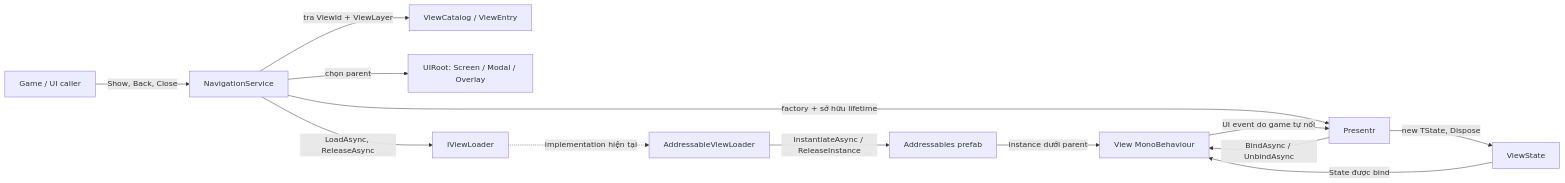
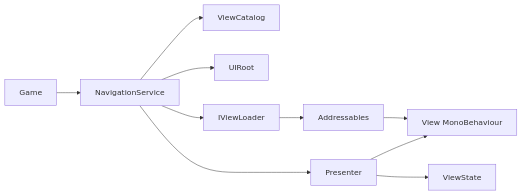
One commit to Manhddm/MXEngine changed the diagram in README.MD. Above: the diagram before and after it, drawn with Mermaid. The commit also changed other lines of this file and 53 other files, not shown here.

Commit message:
refactor: update ViewId usage to int and enhance Presenter initialization with cancellation support

````diff
--- a/README.MD
+++ b/README.MD
@@ -14,15 +17,12 @@
 ```mermaid
 flowchart LR
-    Game[Game / UI caller] -->|Show, Back, Close| Nav[NavigationService]
-    Nav -->|tra ViewId + ViewLayer| Catalog[ViewCatalog / ViewEntry]
-    Nav -->|chọn parent| Root[UIRoot: Screen / Modal / Overlay]
-    Nav -->|LoadAsync, ReleaseAsync| Loader[IViewLoader]
-    Loader -. implementation hiện tại .-> Addr[AddressableViewLoader]
-    Addr -->|InstantiateAsync / ReleaseInstance| Assets[Addressables prefab]
-    Assets -->|instance dưới parent| View[View MonoBehaviour]
-    Nav -->|factory + sở hữu lifetime| Presenter[Presentr]
-    Presenter -->|new TState, Dispose| State[ViewState]
-    Presenter -->|BindAsync / UnbindAsync| View
-    State -->|State được bind| View
-    View -->|UI event do game tự nối| Presenter
+    Game[Game] --> Nav[NavigationService]
+    Nav --> Catalog[ViewCatalog]
+    Nav --> Root[UIRoot]
+    Nav --> Loader[IViewLoader]
+    Loader --> Addressables[Addressables]
+    Addressables --> View[View MonoBehaviour]
+    Nav --> Presenter[Presenter]
+    Presenter --> State[ViewState]
+    Presenter --> View
 ```
````
